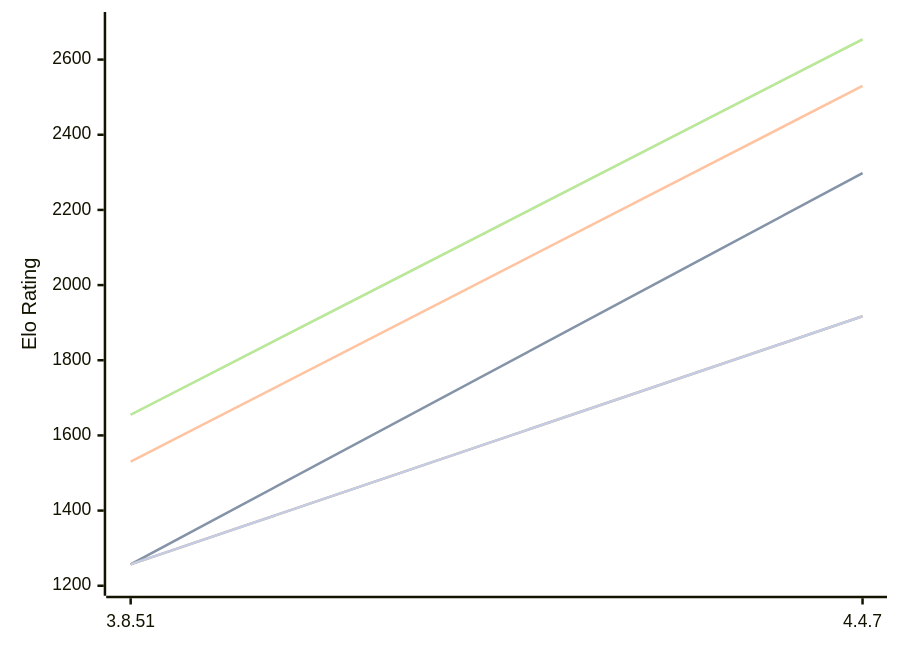
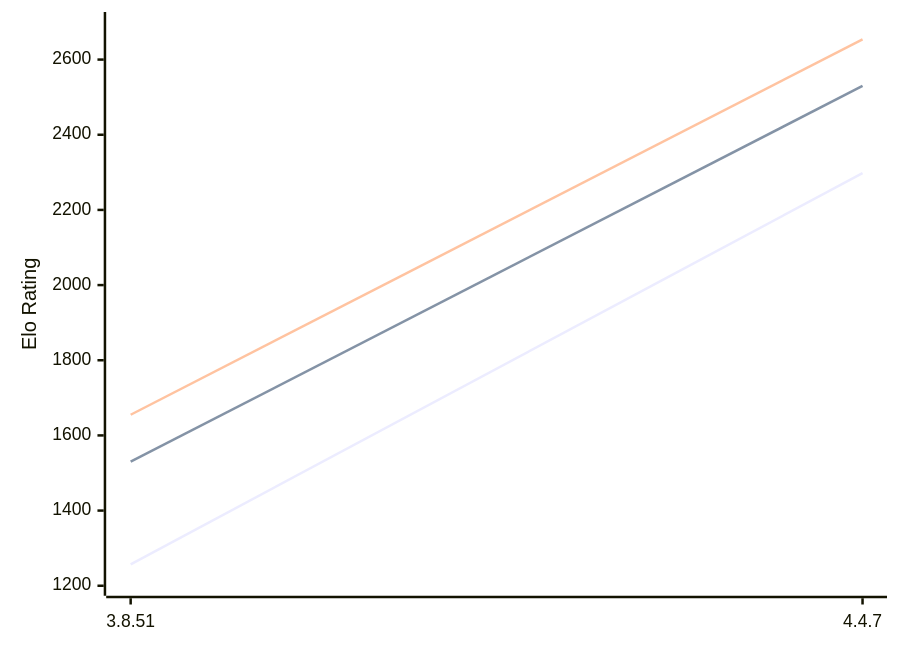
Before and after one commit to computer-chess-index/cci: the diagram in engines/Scoria.md, drawn with Mermaid. The commit also changed other lines of this file, not shown here.

````diff
--- a/engines/Scoria.md
+++ b/engines/Scoria.md
@@ -48,13 +48,9 @@
 ```mermaid
 %%{init: {"theme":"base","themeVariables":{"seriesColors:['#a3a3a3','#222221','#faa371']}}}%%
 xychart-beta
   x-axis ["3.8.51", "4.4.7"]
   y-axis "Elo Rating" 1200 --> 2700
-  line "" [1257, 2298]
   line "T1: STC (8.0+0.08s)" [1257, 2298]
   line "T1: LTC (60.0+0.60s)" [1530, 2530]
-  line "" [1655, 2654]
   line "T1: VLTC (2m24s+1.12s)" [1655, 2654]
-  line "" [1257,1917]
-  line "E1: STC (8.0+0.08s)" [1257,1917]
 ```
````
